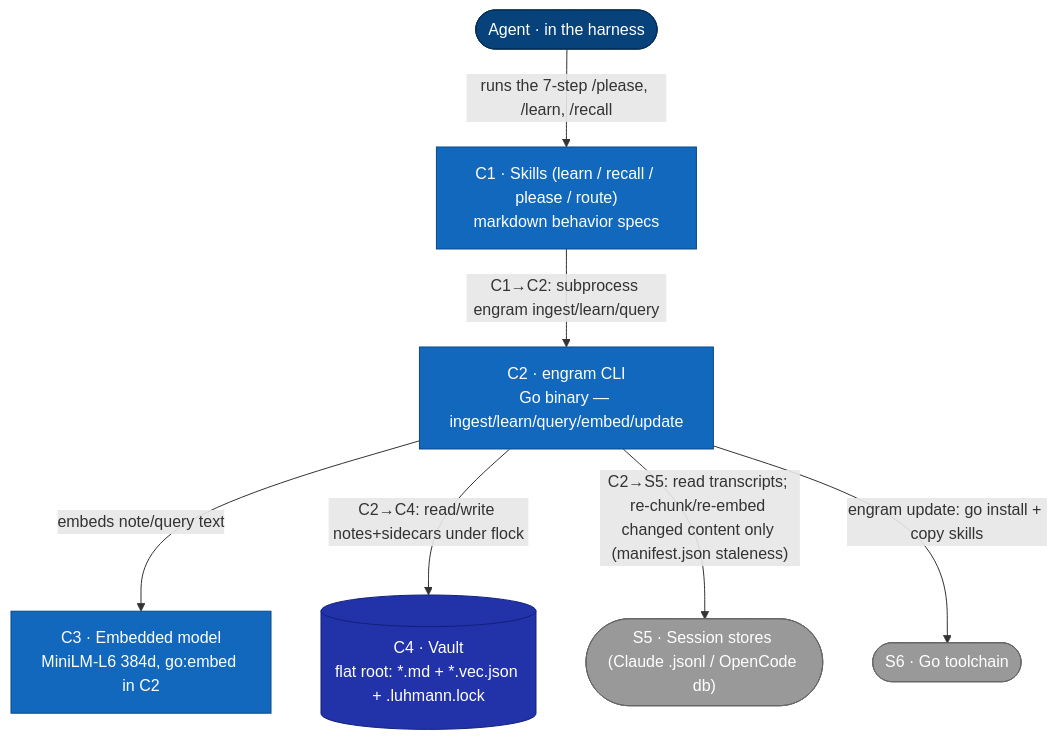
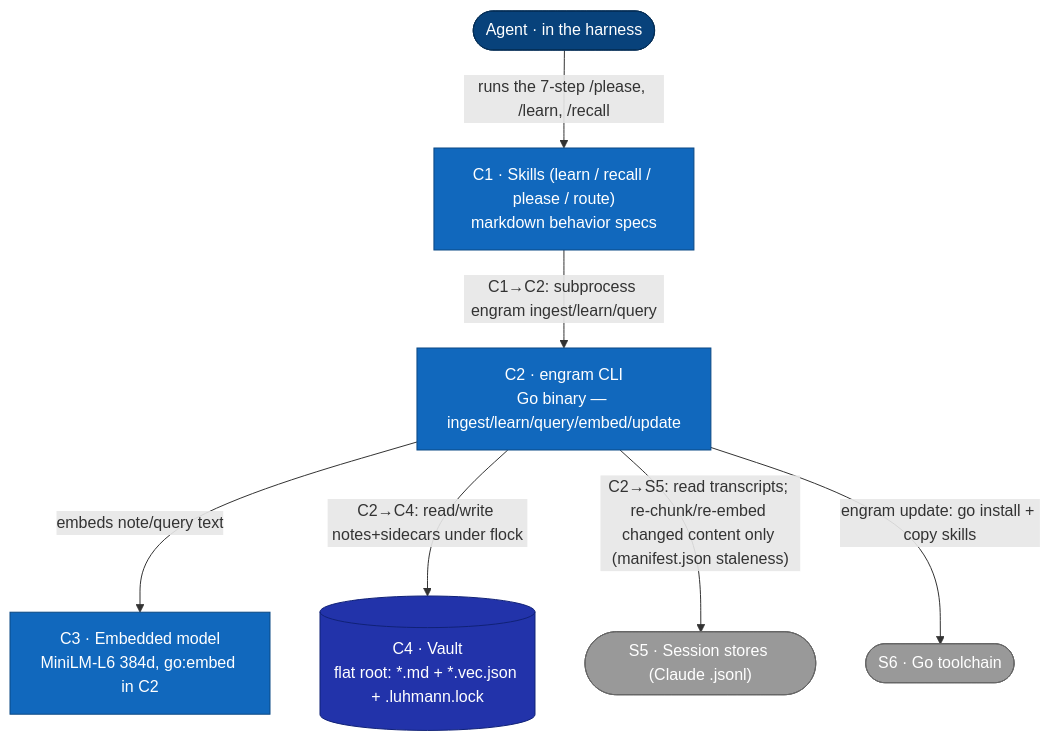
The first of 5 diagrams in docs/architecture/c2-containers.md (toejough/engram), drawn with Mermaid before and after one commit. The commit also changed 7 other files, not shown here.

````diff
--- a/docs/architecture/c2-containers.md
+++ b/docs/architecture/c2-containers.md
@@ -9,27 +9,27 @@
 ```mermaid
 flowchart TB
     classDef person    fill:#08427b,stroke:#052e56,color:#fff
     classDef external  fill:#999,   stroke:#666,   color:#fff
     classDef container fill:#1168bd,stroke:#0b4884,color:#fff
     classDef store     fill:#23a,   stroke:#127,   color:#fff
 
     agent([Agent · in the harness])
     skills["C1 · Skills (learn / recall / please / route)<br/>markdown behavior specs"]
     cli["C2 · engram CLI<br/>Go binary — ingest/learn/query/embed/update"]
     model["C3 · Embedded model<br/>MiniLM-L6 384d, go:embed in C2"]
     vault[("C4 · Vault<br/>flat root: *.md + *.vec.json + .luhmann.lock")]
-    sessions(["S5 · Session stores (Claude .jsonl / OpenCode db)"])
+    sessions(["S5 · Session stores (Claude .jsonl)"])
     gotool(["S6 · Go toolchain"])
 
     agent -->|"runs the 7-step /please, /learn, /recall"| skills
     skills -->|"C1→C2: subprocess engram ingest/learn/query"| cli
     cli -->|"embeds note/query text"| model
     cli -->|"C2→C4: read/write notes+sidecars under flock"| vault
     cli -->|"C2→S5: read transcripts; re-chunk/re-embed changed content only (manifest.json staleness)"| sessions
     cli -->|"engram update: go install + copy skills"| gotool
 
     class agent person
     class skills,cli,model container
     class vault store
     class sessions,gotool external
 ```
````
